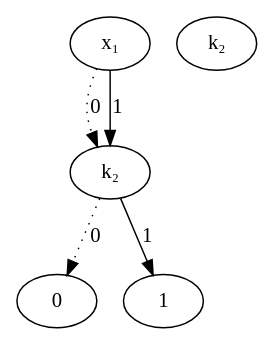
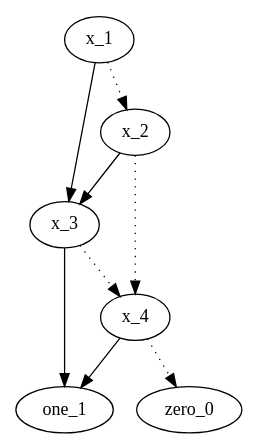
Before and after one commit to smurphy8/binary-decision-matrix: the diagram in docs/conjunction.dot, drawn with Graphviz. The commit also changed 1 other file, not shown here.

```diff
--- a/docs/conjunction.dot
+++ b/docs/conjunction.dot
@@ -1,34 +1,1 @@
-digraph G {
-        
-size ="4,4";
-liveK₂ [label="k₂"];
-succK₂ [label="k₂"];
-liveX₁ [label="x₁"];
-
-zeroL  [label="0"];
-oneL   [label="1"];
-
-subgraph Live {
-        liveX₁ -> liveK₂ [label="0",style=dotted];
-        liveX₁ -> liveK₂ [label="1"];
-        liveK₂ -> zeroL [label="0", style=dotted];
-        liveK₂ -> oneL [label="1" ];
-        
-        
-}
-
-// main -> parse [weight=8];
-// parse -> execute;
-// main -> init [style=dotted];
-// main -> cleanup;
-// execute -> { make_string; printf}
-// init -> make_string;
-// edge [color=red];   // so is this
-// main -> printf [style=bold,label="100 times"];
-// make_string [label="make a\nstring"];
-// node [shape=box,style=filled,color=".7 .3 1.0"];
-// execute -> compare;
-
-
-
-}
+digraph G { size = "4,4"; x_4 [label="x_4"];x_3 [label="x_3"];x_2 [label="x_2"];x_1 [label="x_1"];subgraph Live { x_4 -> zero_0 [style=dotted];x_3 -> x_4 [style=dotted];x_2 -> x_4 [style=dotted];x_1 -> x_2 [style=dotted];x_4 -> one_1 [style=solid];x_3 -> one_1 [style=solid];x_2 -> x_3 [style=solid];x_1 -> x_3 [style=solid];}}
```
